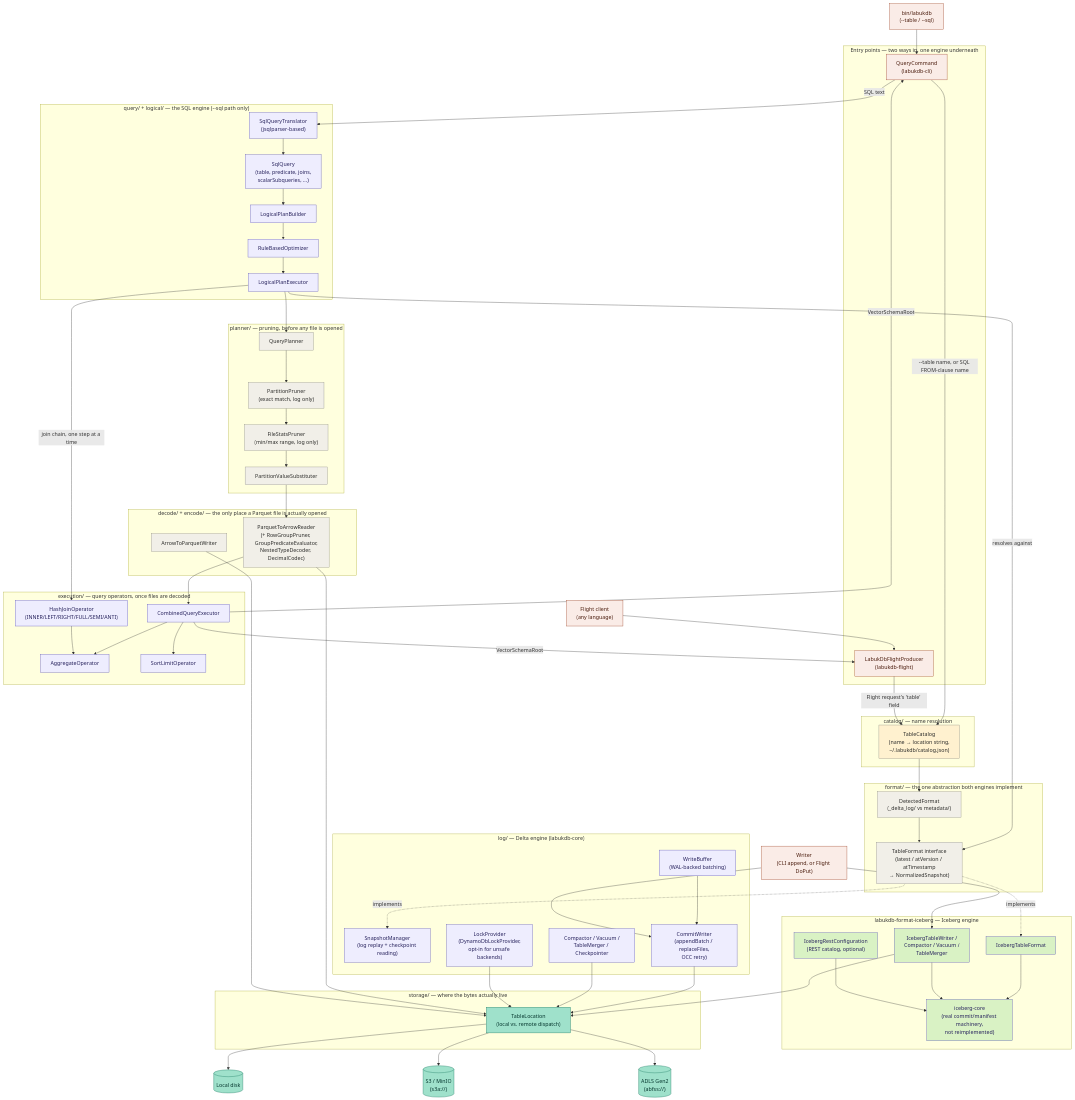
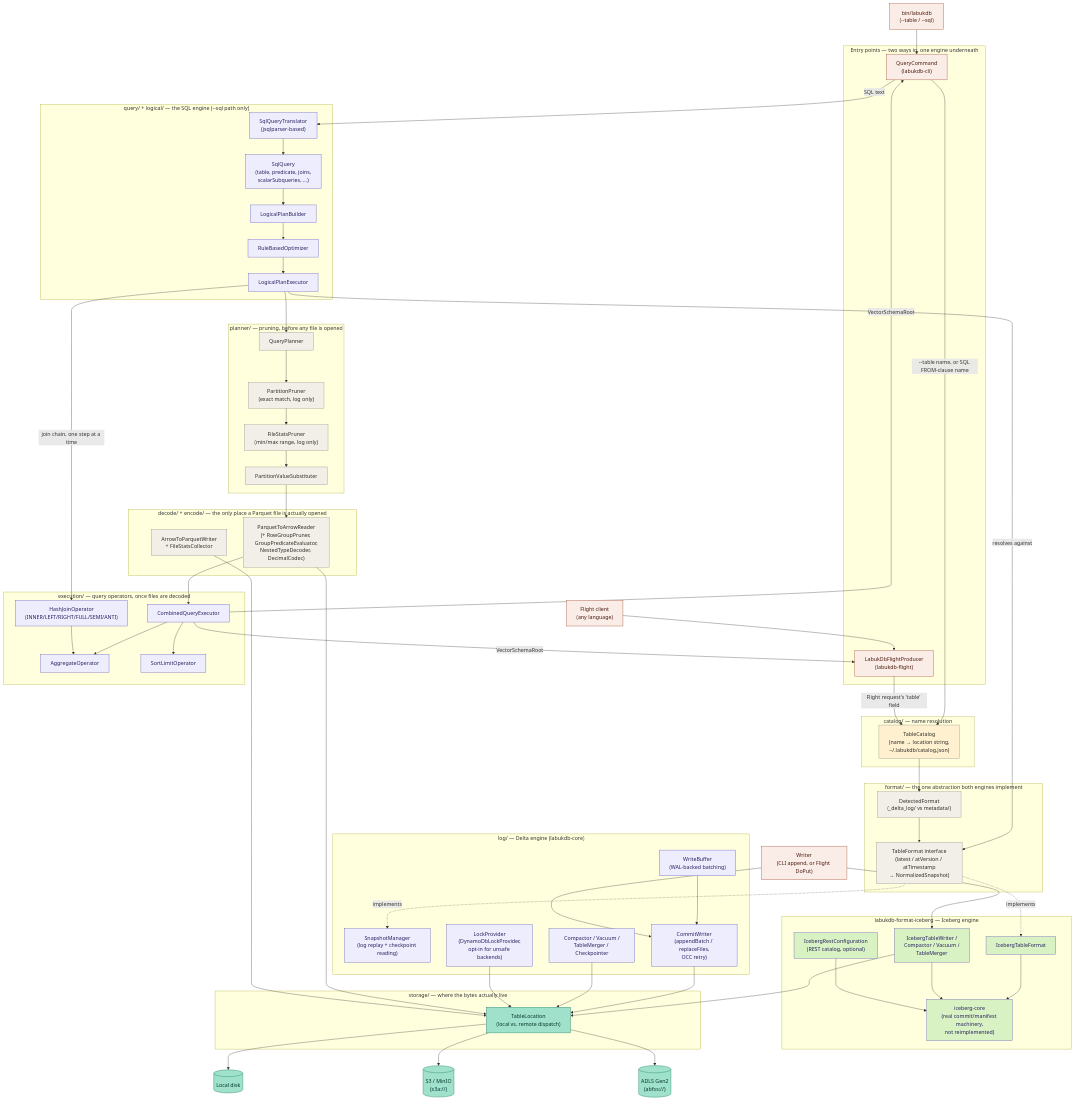
One commit to codelabuk/labukDB changed the diagram in docs/diagrams/full-architecture.md. Above: the diagram before and after it, drawn with Mermaid. The commit also changed 6 other files, not shown here.

```diff
--- a/docs/diagrams/full-architecture.md
+++ b/docs/diagrams/full-architecture.md
@@ -86,7 +86,7 @@
 
     subgraph DECODEENC["decode/ + encode/ — the only place a Parquet file is actually opened"]
         PAR["ParquetToArrowReader<br/>(+ RowGroupPruner, GroupPredicateEvaluator,<br/>NestedTypeDecoder, DecimalCodec)"]:::decodeNode
-        ATP["ArrowToParquetWriter"]:::decodeNode
+        ATP["ArrowToParquetWriter<br/>+ FileStatsCollector"]:::decodeNode
     end
 
     PVS --> PAR
```
